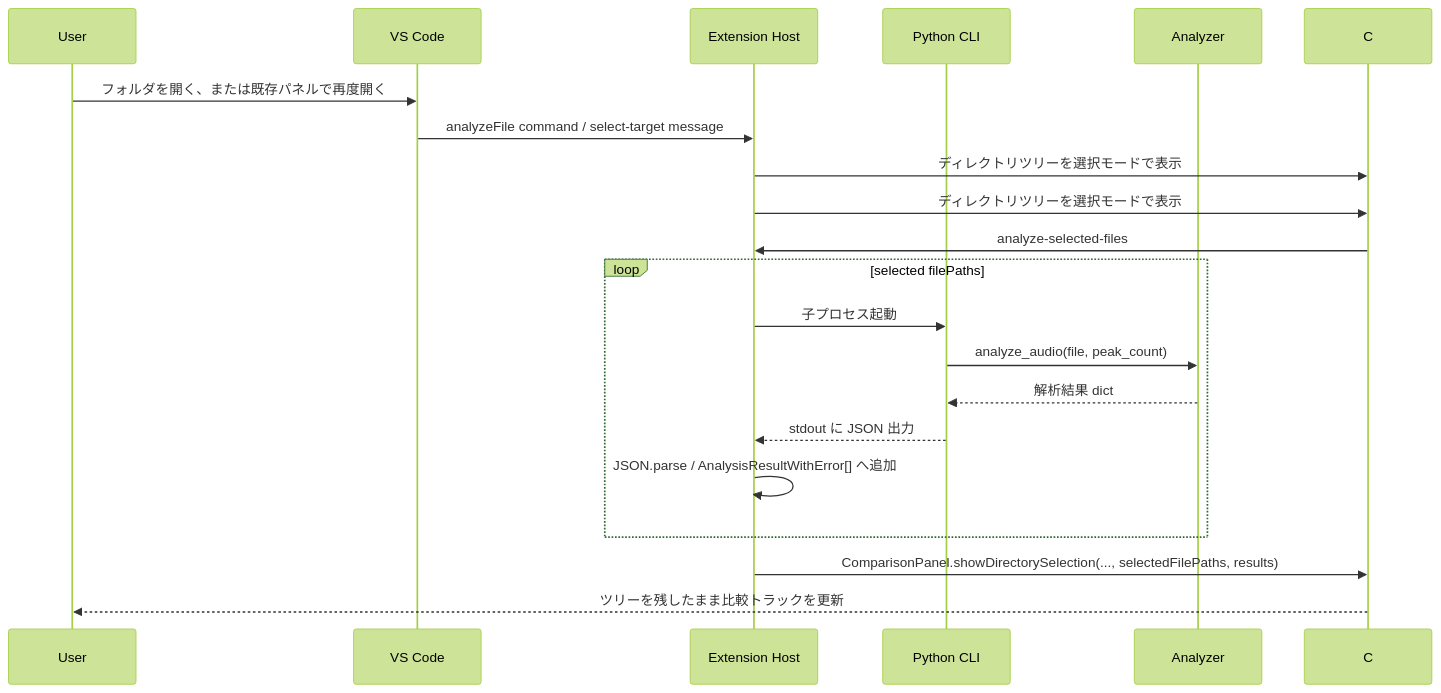
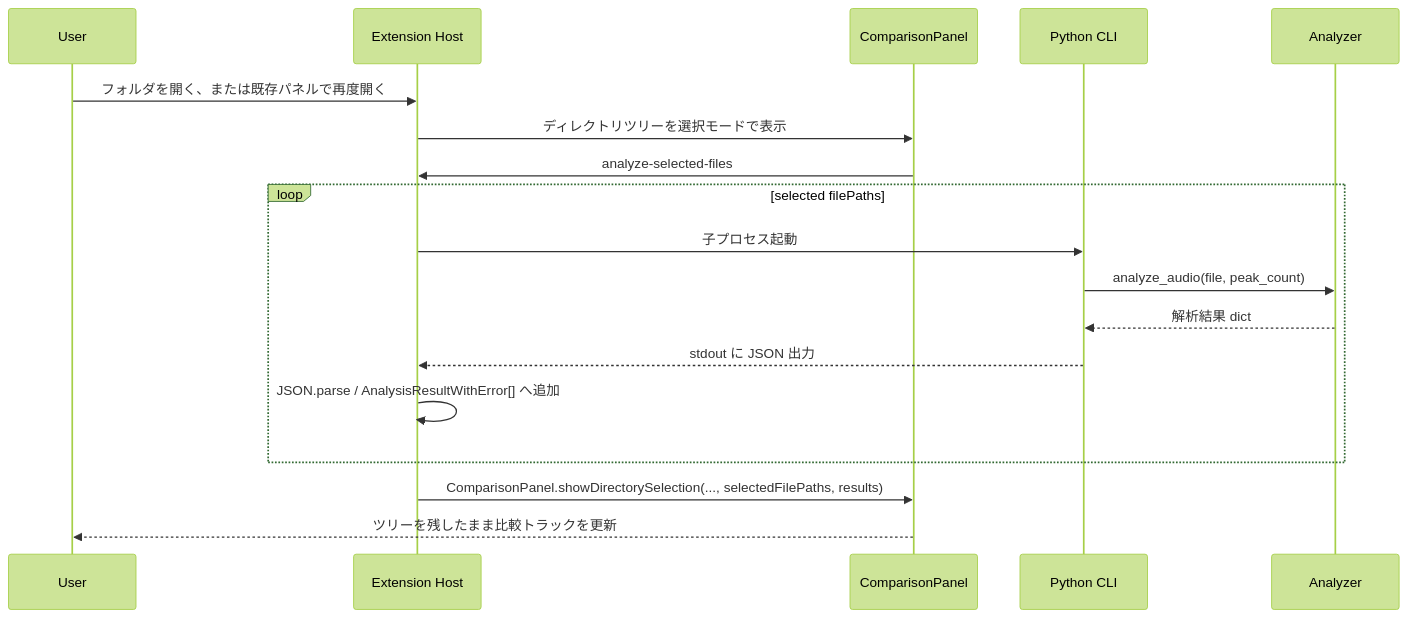
One commit to kasahart/audio-wandas-analyzer changed the fourth of 4 diagrams in docs/architecture.md. Above: the diagram before and after it, drawn with Mermaid (forest theme). The commit also changed other lines of this file and 1 other file, not shown here.

Commit message:
docs: resolve stash conflict in architecture.md post reorg merge

````diff
--- a/docs/architecture.md
+++ b/docs/architecture.md
@@ -168,22 +260,21 @@
 ```mermaid
 sequenceDiagram
     participant U as User
-  participant V as VS Code
     participant E as Extension Host
+    participant C as ComparisonPanel
     participant P as Python CLI
     participant A as Analyzer
-  U->>V: フォルダを開く、または既存パネルで再度開く
-  V->>E: analyzeFile command / select-target message
-  E->>C: ディレクトリツリーを選択モードで表示
-  E->>C: ディレクトリツリーを選択モードで表示
-  C->>E: analyze-selected-files
+
+    U->>E: フォルダを開く、または既存パネルで再度開く
+    E->>C: ディレクトリツリーを選択モードで表示
+    C->>E: analyze-selected-files
     loop selected filePaths
         E->>P: 子プロセス起動
         P->>A: analyze_audio(file, peak_count)
         A-->>P: 解析結果 dict
         P-->>E: stdout に JSON 出力
         E->>E: JSON.parse / AnalysisResultWithError[] へ追加
     end
     E->>C: ComparisonPanel.showDirectorySelection(..., selectedFilePaths, results)
     C-->>U: ツリーを残したまま比較トラックを更新
 ```
````
